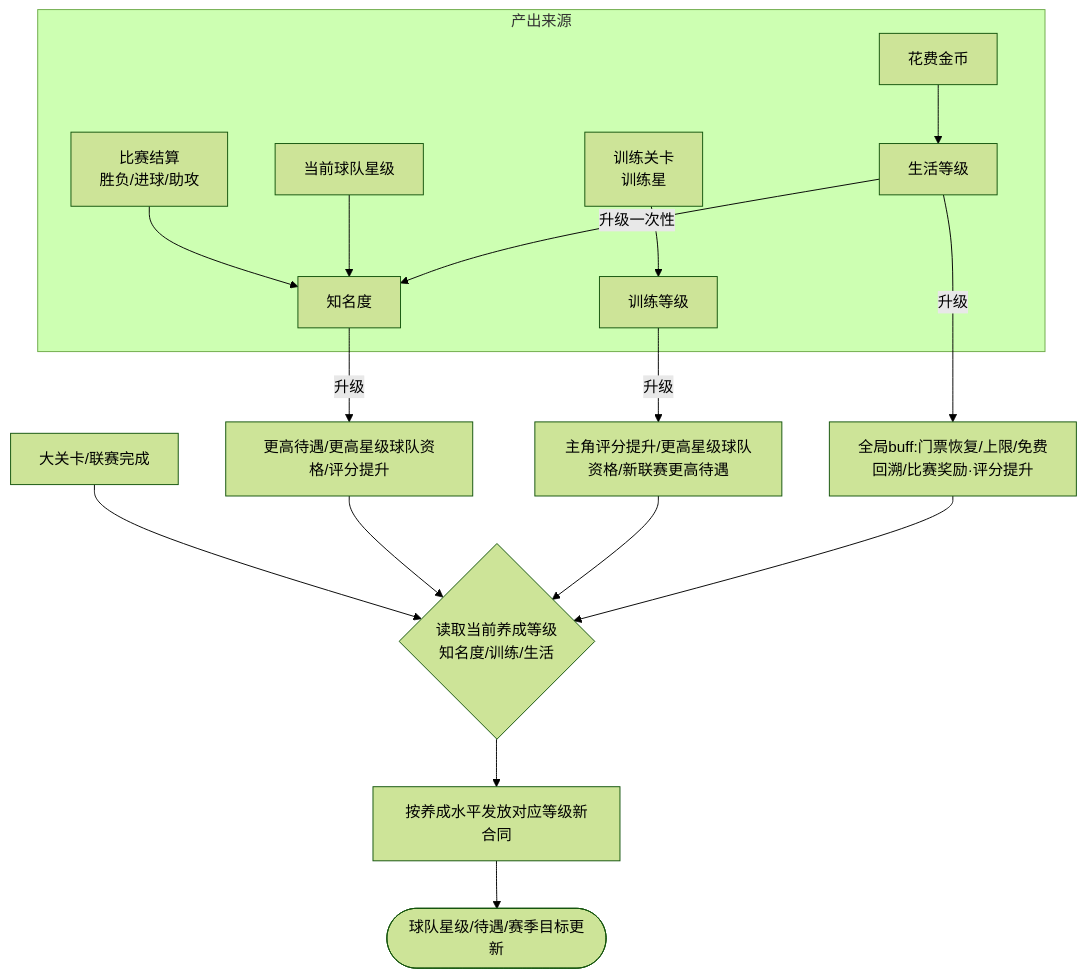
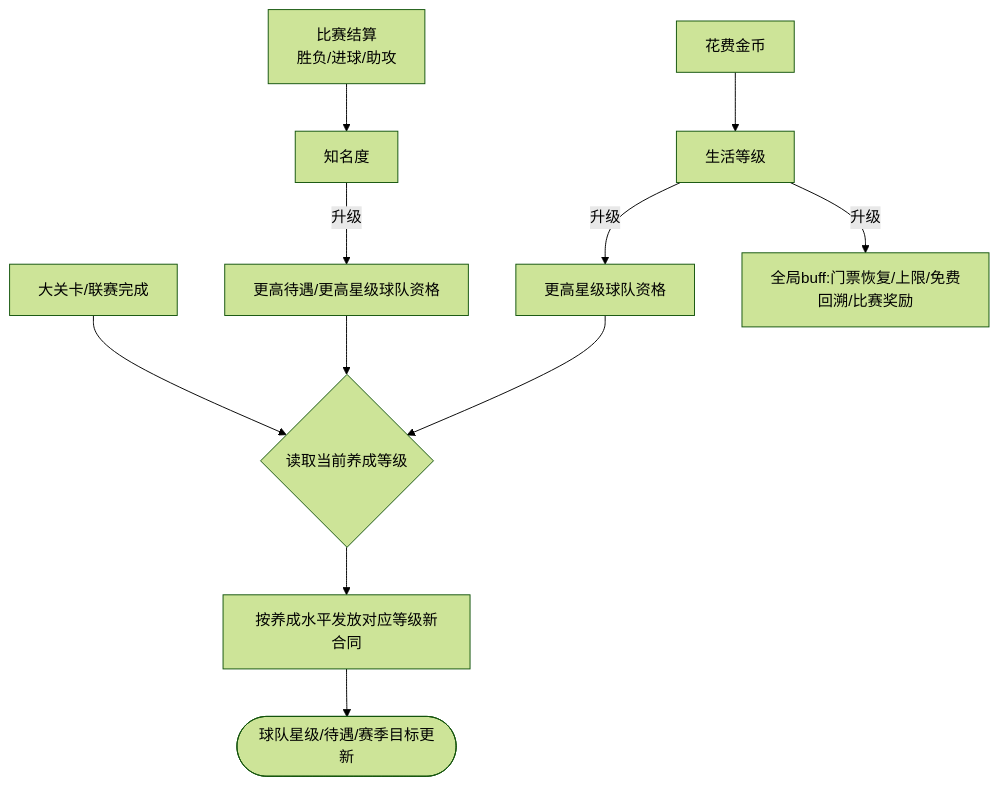
The fourth of 7 diagrams in output/2026世界杯主题活动-开发文档.md (RehearsalTap4Fun/MindToDoc), drawn with Mermaid (forest theme) before and after one commit. The commit also changed other lines of this file, not shown here.

````diff
--- a/output/2026世界杯主题活动-开发文档.md
+++ b/output/2026世界杯主题活动-开发文档.md
@@ -388,19 +468,13 @@
 ```mermaid
 flowchart TD
-    subgraph 产出来源
     A[比赛结算<br/>胜负/进球/助攻] --> N[知名度]
-    B[当前球队星级] --> N
-    C[训练关卡<br/>训练星] --> T[训练等级]
     D[花费金币] --> L[生活等级]
-    L -->|升级一次性| N
-    end
-    N -->|升级| E[更高待遇/更高星级球队资格/评分提升]
-    T -->|升级| F[主角评分提升/更高星级球队资格/新联赛更高待遇]
-    L -->|升级| G[全局buff:门票恢复/上限/免费回溯/比赛奖励·评分提升]
-    H[大关卡/联赛完成] --> I{读取当前养成等级<br/>知名度/训练/生活}
+    N -->|升级| E[更高待遇/更高星级球队资格]
+    L -->|升级| G[更高星级球队资格]
+    H[大关卡/联赛完成] --> I{读取当前养成等级}
     E --> I
-    F --> I
     G --> I
+    L --> |升级|M[全局buff:门票恢复/上限/免费回溯/比赛奖励]
     I --> J[按养成水平发放对应等级新合同]
     J --> K([球队星级/待遇/赛季目标更新])
 ```
````
